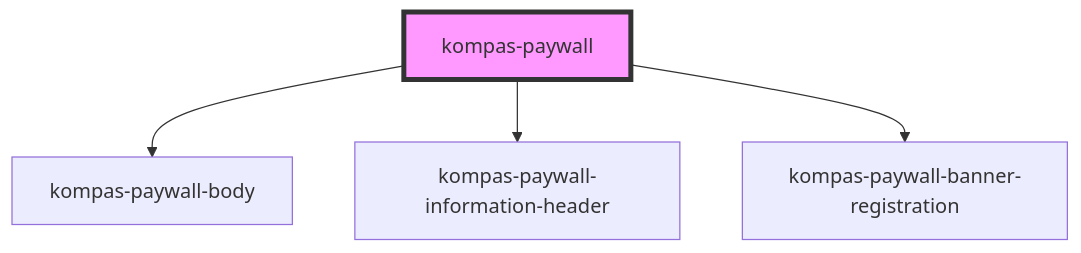
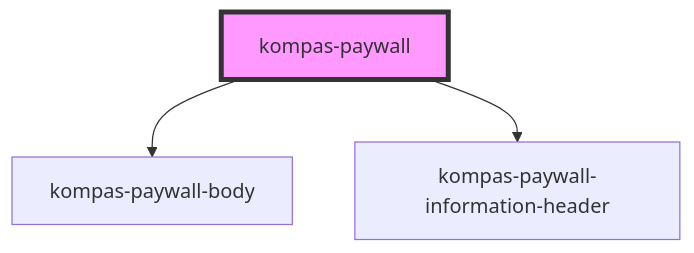
Before and after one commit to pt-kompas-media-nusantara/kompas-web-components: the diagram in src/components/kompas-paywall/readme.md, drawn with Mermaid. The commit also changed other lines of this file and 4 other files, not shown here.

````diff
--- a/src/components/kompas-paywall/readme.md
+++ b/src/components/kompas-paywall/readme.md
@@ -156,7 +155,6 @@
 ```mermaid
 graph TD;
   kompas-paywall --> kompas-paywall-body
   kompas-paywall --> kompas-paywall-information-header
-  kompas-paywall --> kompas-paywall-banner-registration
   style kompas-paywall fill:#f9f,stroke:#333,stroke-width:4px
 ```
````
